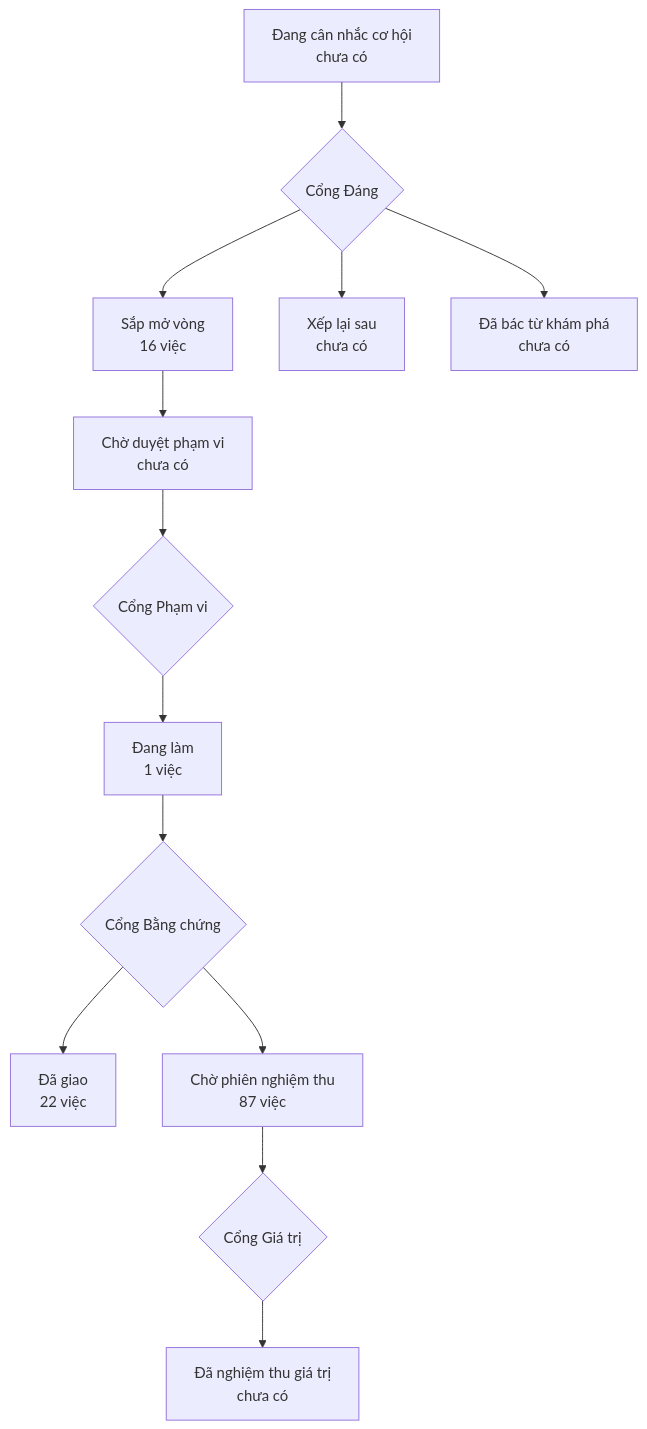
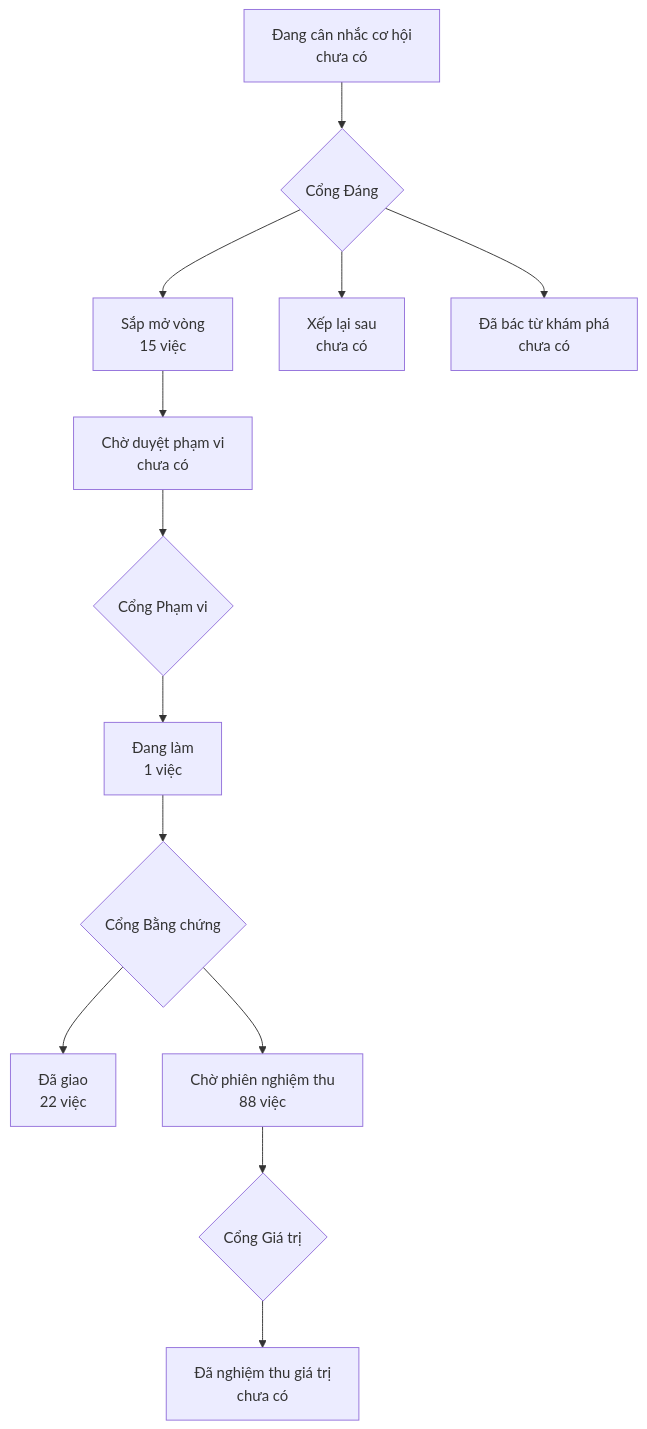
The diagram in PRODUCT-MAP.md (phanlemanh/onehub-quy-hang), drawn with Mermaid before and after one commit. The commit also changed other lines of this file and 2 other files, not shown here.

Commit message:
chore: vẽ lại bản đồ, lộ trình, ghim khuôn sau gộp main (#148)

````diff
--- a/PRODUCT-MAP.md
+++ b/PRODUCT-MAP.md
@@ -7,12 +7,12 @@
 ```mermaid
 flowchart TD
   A["Đang cân nhắc cơ hội<br/>chưa có"] --> GD{"Cổng Đáng"}
-  GD --> B["Sắp mở vòng<br/>16 việc"]
+  GD --> B["Sắp mở vòng<br/>15 việc"]
   GD --> XL["Xếp lại sau<br/>chưa có"]
   GD --> DB["Đã bác từ khám phá<br/>chưa có"]
   B --> CD["Chờ duyệt phạm vi<br/>chưa có"] --> GP{"Cổng Phạm vi"}
   GP --> DL["Đang làm<br/>1 việc"] --> GB{"Cổng Bằng chứng"}
   GB --> DG["Đã giao<br/>22 việc"]
-  GB --> CN["Chờ phiên nghiệm thu<br/>87 việc"] --> GG{"Cổng Giá trị"}
+  GB --> CN["Chờ phiên nghiệm thu<br/>88 việc"] --> GG{"Cổng Giá trị"}
   GG --> NT["Đã nghiệm thu giá trị<br/>chưa có"]
 ```
````
